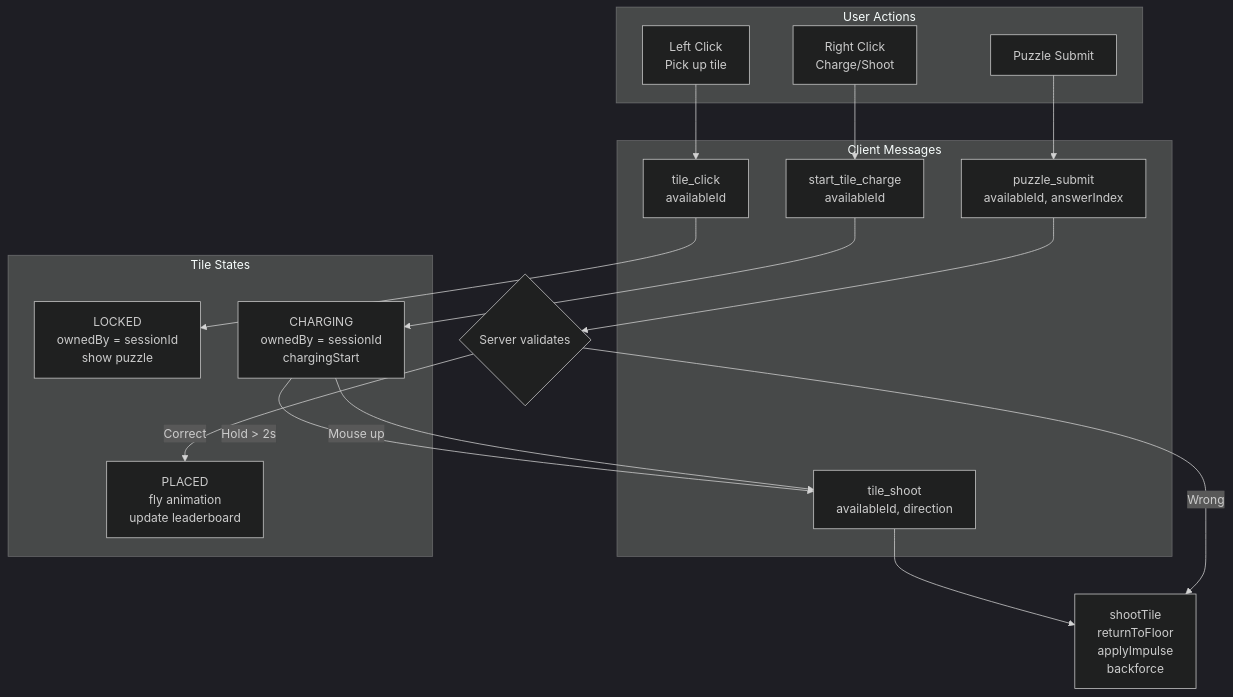
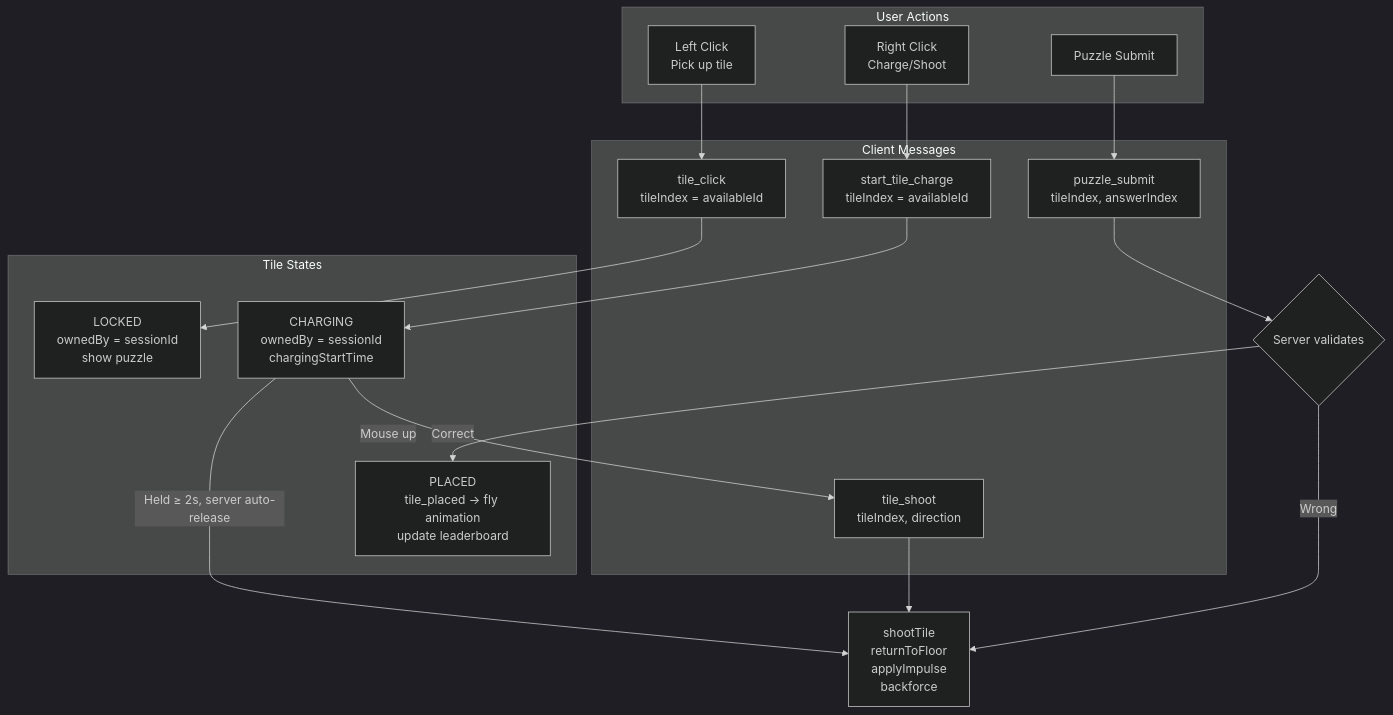
Before and after one commit to nguyenvanduocit/the-car-game: the sixth of 8 diagrams in docs/ARCHITECTURE.md, drawn with Mermaid (dark theme). The commit also changed other lines of this file and 18 other files, not shown here.

````diff
--- a/docs/ARCHITECTURE.md
+++ b/docs/ARCHITECTURE.md
@@ -287,32 +298,32 @@
 ```mermaid
 flowchart TB
     subgraph UserActions["User Actions"]
         LC[Left Click<br/>Pick up tile]
         RC[Right Click<br/>Charge/Shoot]
         PS[Puzzle Submit]
     end
 
     subgraph Messages["Client Messages"]
-        tile_click[tile_click<br/>availableId]
-        start_charge[start_tile_charge<br/>availableId]
-        tile_shoot[tile_shoot<br/>availableId, direction]
-        puzzle_submit[puzzle_submit<br/>availableId, answerIndex]
+        tile_click[tile_click<br/>tileIndex = availableId]
+        start_charge[start_tile_charge<br/>tileIndex = availableId]
+        tile_shoot[tile_shoot<br/>tileIndex, direction]
+        puzzle_submit[puzzle_submit<br/>tileIndex, answerIndex]
     end
 
     subgraph States["Tile States"]
         LOCKED[LOCKED<br/>ownedBy = sessionId<br/>show puzzle]
-        CHARGING[CHARGING<br/>ownedBy = sessionId<br/>chargingStart]
-        PLACED[PLACED<br/>fly animation<br/>update leaderboard]
+        CHARGING[CHARGING<br/>ownedBy = sessionId<br/>chargingStartTime]
+        PLACED[PLACED<br/>tile_placed → fly animation<br/>update leaderboard]
     end
 
     LC --> tile_click --> LOCKED
     RC --> start_charge --> CHARGING
 
-    CHARGING -->|Hold > 2s| tile_shoot
+    CHARGING -->|Held ≥ 2s, server auto-release| shootTile
     CHARGING -->|Mouse up| tile_shoot
     tile_shoot --> shootTile[shootTile<br/>returnToFloor<br/>applyImpulse<br/>backforce]
 
     PS --> puzzle_submit --> validate{Server validates}
     validate -->|Correct| PLACED
     validate -->|Wrong| shootTile
 ```
````
